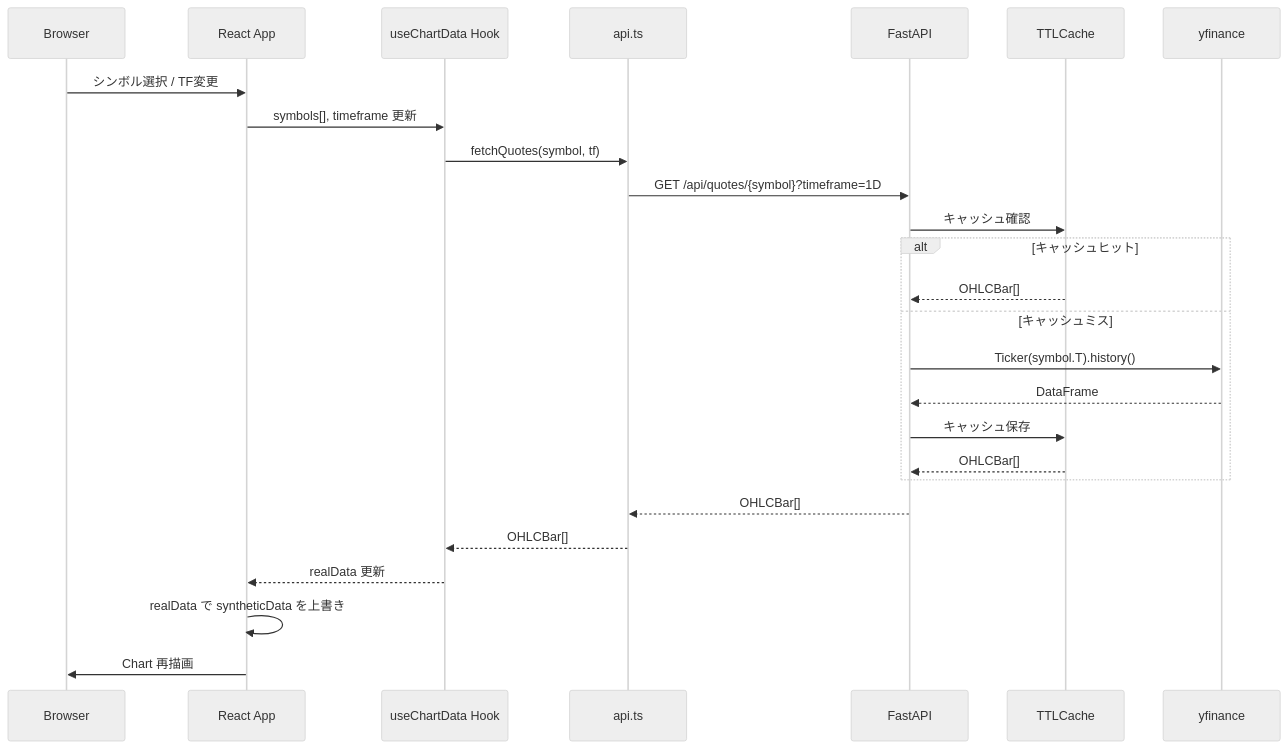
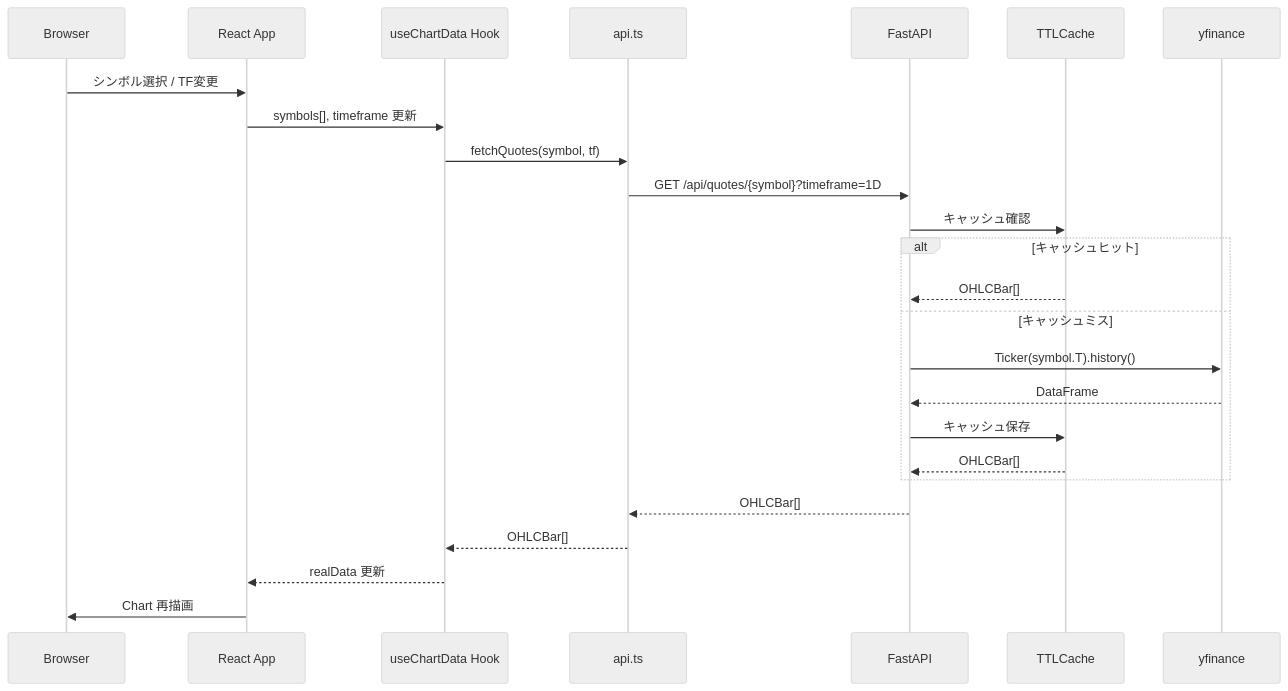
One commit to junkmaker/KANATA changed the second of 7 diagrams in docs/architecture.md. Above: the diagram before and after it, drawn with Mermaid (neutral theme). The commit also changed other lines of this file, not shown here.

Commit message:
docs: architecture.md 最新化

````diff
--- a/docs/architecture.md
+++ b/docs/architecture.md
@@ -38,31 +39,30 @@
 ```mermaid
 sequenceDiagram
     participant B as Browser
     participant FE as React App
     participant HK as useChartData Hook
     participant API as api.ts
     participant BE as FastAPI
     participant CA as TTLCache
     participant YF as yfinance
 
     B->>FE: シンボル選択 / TF変更
     FE->>HK: symbols[], timeframe 更新
     HK->>API: fetchQuotes(symbol, tf)
     API->>BE: GET /api/quotes/{symbol}?timeframe=1D
     BE->>CA: キャッシュ確認
 
     alt キャッシュヒット
         CA-->>BE: OHLCBar[]
     else キャッシュミス
         BE->>YF: Ticker(symbol.T).history()
         YF-->>BE: DataFrame
         BE->>CA: キャッシュ保存
         CA-->>BE: OHLCBar[]
     end
 
     BE-->>API: OHLCBar[]
     API-->>HK: OHLCBar[]
     HK-->>FE: realData 更新
-    FE->>FE: realData で syntheticData を上書き
     FE->>B: Chart 再描画
 ```
````
